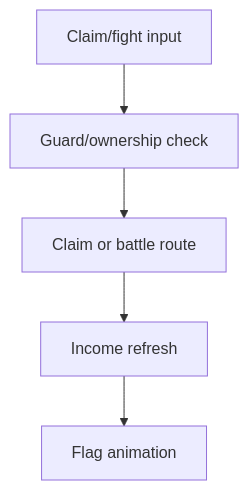
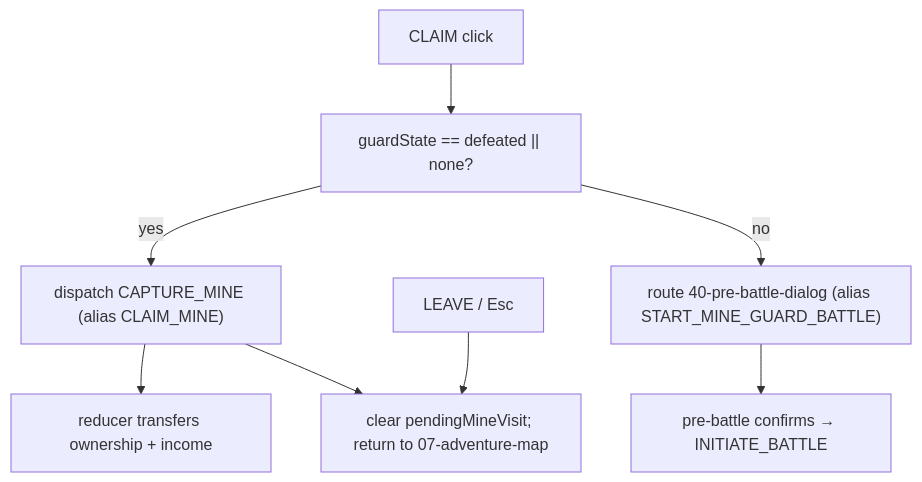
The third of 5 diagrams in docs/architecture/wiki/screens/20-mine-visit-dialog/architecture.md (SunaNoOshiro/Heroes_Reforged_AI_Realms), drawn with Mermaid before and after one commit. The commit also changed other lines of this file and 518 other files, not shown here.

First line of the commit message:
Add doc-audit skill and sweep architecture/screen docs

````diff
--- a/docs/architecture/wiki/screens/20-mine-visit-dialog/architecture.md
+++ b/docs/architecture/wiki/screens/20-mine-visit-dialog/architecture.md
@@ -42,8 +41,10 @@
 ```mermaid
 flowchart TD
-  I0["Claim/fight input"] --> I1
-  I1["Guard/ownership check"] --> I2
-  I2["Claim or battle route"] --> I3
-  I3["Income refresh"] --> I4
-  I4["Flag animation"]
+  I0["CLAIM click"] --> I1["guardState == defeated || none?"]
+  I1 -- yes --> I2["dispatch CAPTURE_MINE (alias CLAIM_MINE)"]
+  I1 -- no --> I3["route 40-pre-battle-dialog (alias START_MINE_GUARD_BATTLE)"]
+  I2 --> I4["reducer transfers ownership + income"]
+  I3 --> I5["pre-battle confirms → INITIATE_BATTLE"]
+  I2 --> I6["clear pendingMineVisit; return to 07-adventure-map"]
+  I1F["LEAVE / Esc"] --> I6
 ```
````
